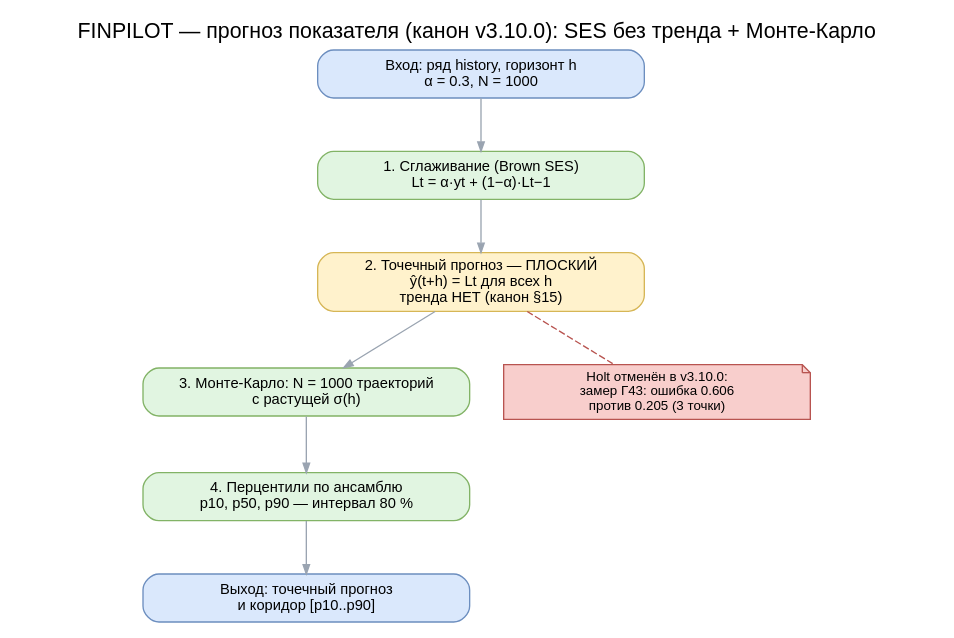
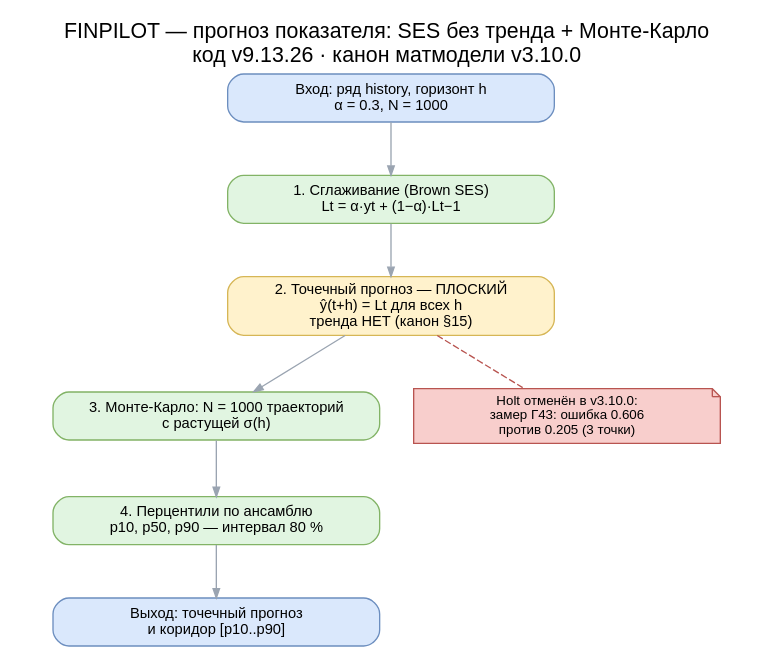
One commit to vevdokimovm/personal-finance-dss changed the diagram in docs/diagrams/src/15_forecast_GOST.dot. Above: the diagram before and after it, drawn with Graphviz. The commit also changed 24 other files, not shown here.

Commit message:
personal-finance-dss v9.13.26 — пройдены все 20 диаграмм; каждая называет версию кода и канона

```diff
--- a/docs/diagrams/src/15_forecast_GOST.dot
+++ b/docs/diagrams/src/15_forecast_GOST.dot
@@ -1,23 +1,23 @@
 digraph forecast {
   graph [rankdir=TB, fontname="Helvetica", labelloc=t, fontsize=16,
-         label="FINPILOT — прогноз показателя (канон v3.10.0): SES без тренда + Монте-Карло",
+         label="FINPILOT — прогноз показателя: SES без тренда + Монте-Карло\nкод v9.13.26 · канон матмодели v3.10.0",
          nodesep=0.35, ranksep=0.55];
   node [fontname="Helvetica", fontsize=11, style="rounded,filled",
         fillcolor="#e1f5e1", color="#82b366", shape=box, width=3.4];
   edge [color="#9aa4b1", arrowsize=0.7];
 
   s0 [label="Вход: ряд history, горизонт h\nα = 0.3, N = 1000",
       fillcolor="#dae8fc", color="#6c8ebf"];
   s1 [label="1. Сглаживание (Brown SES)\nLt = α·yt + (1−α)·Lt−1"];
   s2 [label="2. Точечный прогноз — ПЛОСКИЙ\nŷ(t+h) = Lt для всех h\nтренда НЕТ (канон §15)",
       fillcolor="#fff2cc", color="#d6b656"];
   s3 [label="3. Монте-Карло: N = 1000 траекторий\nс растущей σ(h)"];
   s4 [label="4. Перцентили по ансамблю\np10, p50, p90 — интервал 80 %"];
   s5 [label="Выход: точечный прогноз\nи коридор [p10..p90]", fillcolor="#dae8fc", color="#6c8ebf"];
 
   note [label="Holt отменён в v3.10.0:\nзамер Г43: ошибка 0.606\nпротив 0.205 (3 точки)",
         shape=note, fillcolor="#f8cecc", color="#b85450", fontsize=10, width=3.2];
 
   s0 -> s1 -> s2 -> s3 -> s4 -> s5;
   s2 -> note [style=dashed, arrowhead=none, color="#b85450"];
 }
```
